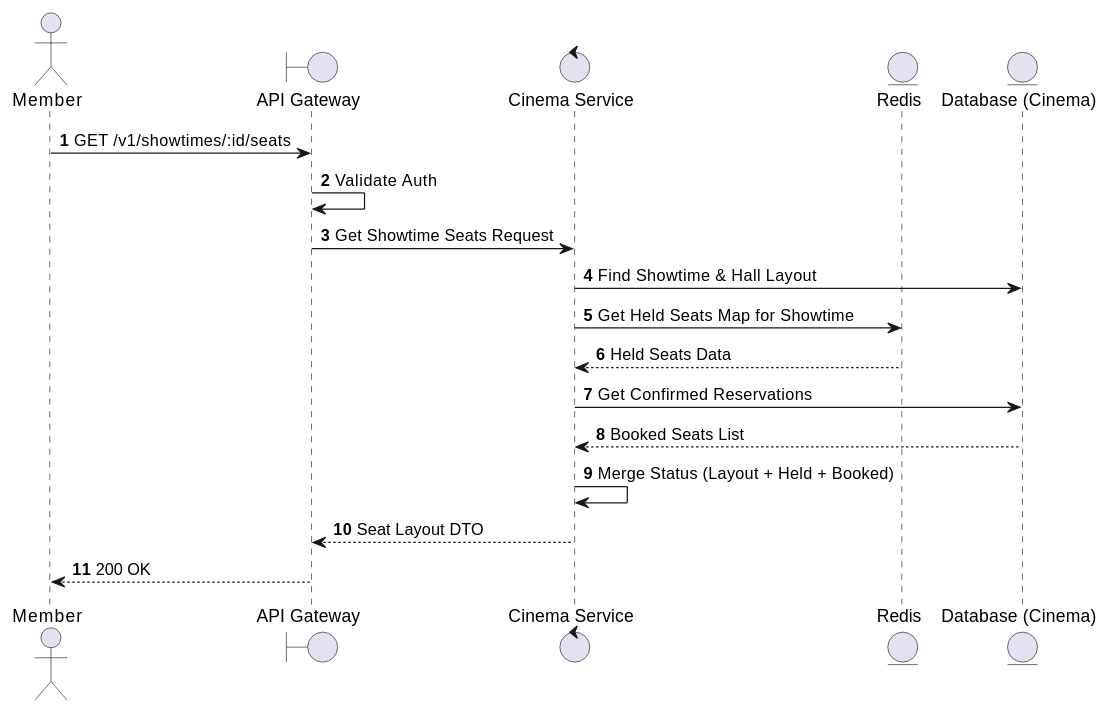
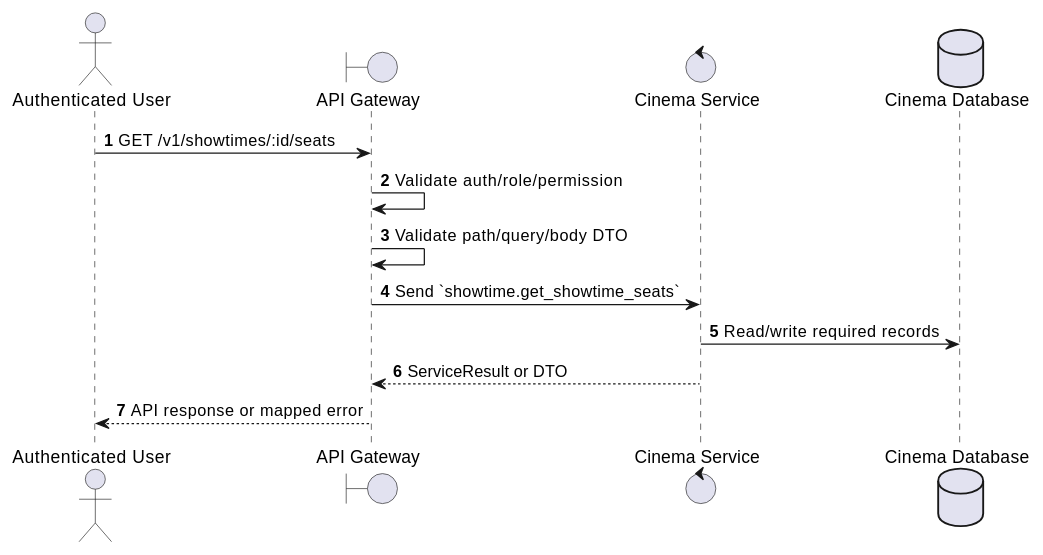
One commit to Tanh1603/movie-hub-architecture changed the first of 2 diagrams in docs/functional_specs/3.4_Showtime_Scheduling/ST-01_Get_Showtime_Seats.md. Above: the diagram before and after it, drawn with PlantUML. The commit also changed other lines of this file and 126 other files, not shown here.

````diff
--- a/docs/functional_specs/3.4_Showtime_Scheduling/ST-01_Get_Showtime_Seats.md
+++ b/docs/functional_specs/3.4_Showtime_Scheduling/ST-01_Get_Showtime_Seats.md
@@ -17,22 +17,17 @@
 ```plantuml
 @startuml
 autonumber
-actor Member
+actor "Authenticated User" as Actor
 boundary "API Gateway" as GW
-control "Cinema Service" as CS
-entity "Redis" as R
-entity "Database (Cinema)" as DB
+control "Cinema Service" as SVC
+database "Cinema Database" as DB
 
-Member -> GW: GET /v1/showtimes/:id/seats
-GW -> GW: Validate Auth
-GW -> CS: Get Showtime Seats Request
-CS -> DB: Find Showtime & Hall Layout
-CS -> R: Get Held Seats Map for Showtime
-R --> CS: Held Seats Data
-CS -> DB: Get Confirmed Reservations
-DB --> CS: Booked Seats List
-CS -> CS: Merge Status (Layout + Held + Booked)
-CS --> GW: Seat Layout DTO
-GW --> Member: 200 OK
+Actor -> GW: GET /v1/showtimes/:id/seats
+GW -> GW: Validate auth/role/permission
+GW -> GW: Validate path/query/body DTO
+GW -> SVC: Send `showtime.get_showtime_seats`
+SVC -> DB: Read/write required records
+SVC --> GW: ServiceResult or DTO
+GW --> Actor: API response or mapped error
 @enduml
 ```
````
